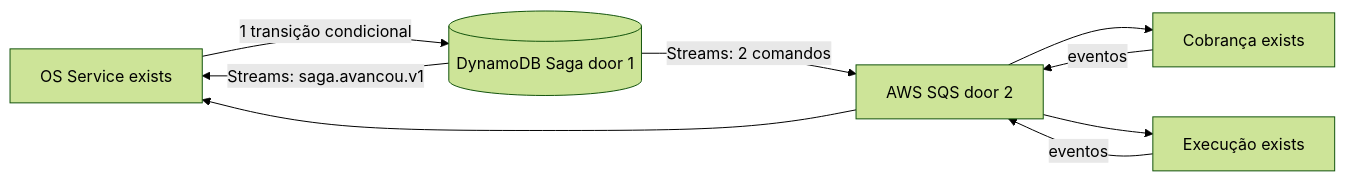
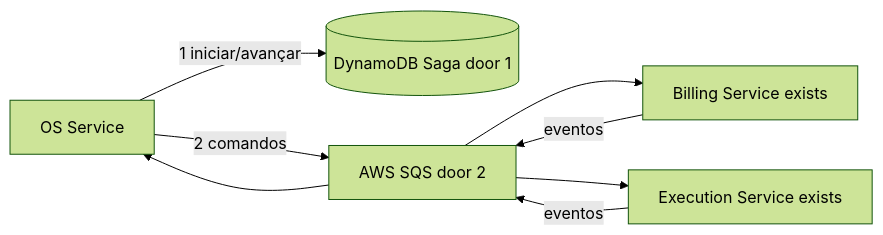
One commit to Grupo78-PosTech-15SOAT/AutoReparos changed the first of 2 diagrams in .specs/features/fase4/saga-mensageria/plan.md. Above: the diagram before and after it, drawn with Mermaid (forest theme). The commit also changed other lines of this file and 5 other files, not shown here.

````diff
--- a/.specs/features/fase4/saga-mensageria/plan.md
+++ b/.specs/features/fase4/saga-mensageria/plan.md
@@ -19,11 +17,10 @@
 ```mermaid
 flowchart LR
-    OS[OS Service exists] -->|1 transição condicional| DDB[(DynamoDB Saga door 1)]
-    DDB -->|Streams: 2 comandos| Q[AWS SQS door 2]
-    Q --> B[Cobrança exists]
-    Q --> E[Execução exists]
+    OS[OS Service] -->|1 iniciar/avançar| DDB[(DynamoDB Saga door 1)]
+    OS -->|2 comandos| Q[AWS SQS door 2]
+    Q --> B[Billing Service exists]
+    Q --> E[Execution Service exists]
     B -->|eventos| Q
     E -->|eventos| Q
     Q --> OS
-    DDB -->|Streams: saga.avancou.v1| OS
 ```
````
